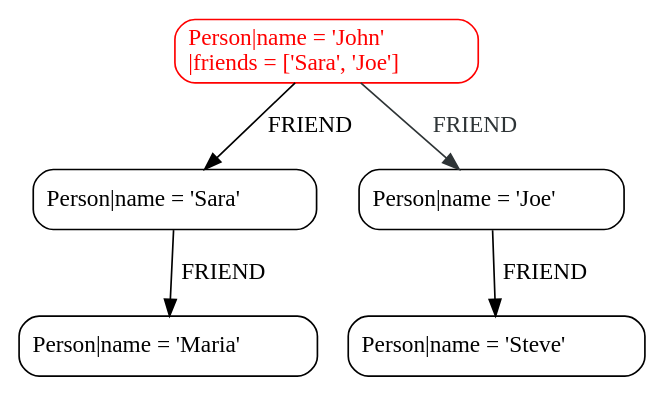
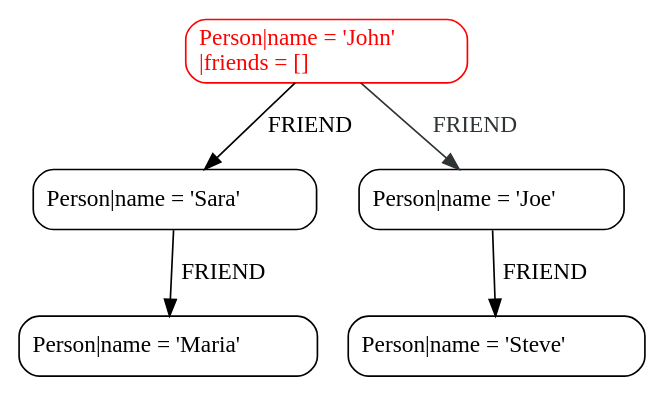
One commit to neo4j/docs-cypher changed the sixth of 6 diagrams in modules/ROOT/pages/clauses/clause-composition.adoc. Above: the diagram before and after it, drawn with Graphviz. The commit also changed other lines of this file, not shown here.

```diff
--- a/modules/ROOT/pages/clauses/clause-composition.adoc
+++ b/modules/ROOT/pages/clauses/clause-composition.adoc
@@ -911,36 +782,36 @@
 [graphviz]
 ----
 digraph L { node [shape=record style=rounded];
 N0 [
 color = "red"
 fontcolor = "red"
-label = "{Person\|name = \'John\'\l\|friends = ['Sara', 'Joe']\l}"
+label = "{Person\|name = \'John\'\l\|friends = []\l}"
 ]
 N0 -> N3 [
 label = "FRIEND\n"
 ]
 N0 -> N1 [
 color = "#2e3436"
 fontcolor = "#2e3436"
 label = "FRIEND\n"
 ]
 N1 [
 label = "{Person\|name = \'Joe\'\l}"
 ]
 N1 -> N2 [
 label = "FRIEND\n"
 ]
 N2 [
 label = "{Person\|name = \'Steve\'\l}"
 ]
 N3 [
 label = "{Person\|name = \'Sara\'\l}"
 ]
 N3 -> N4 [
 label = "FRIEND\n"
 ]
 N4 [
 label = "{Person\|name = \'Maria\'\l}"
 ]
 }
 ----
```
